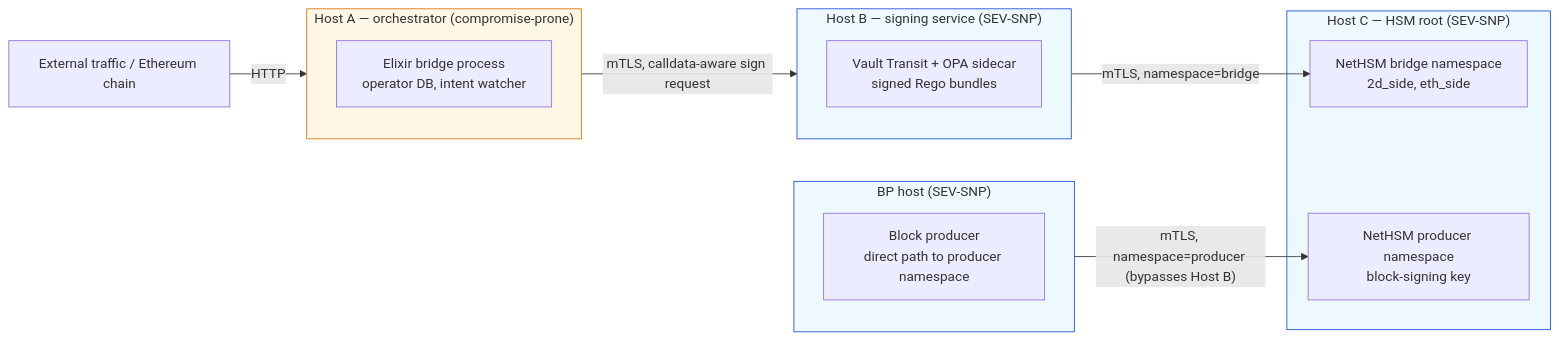
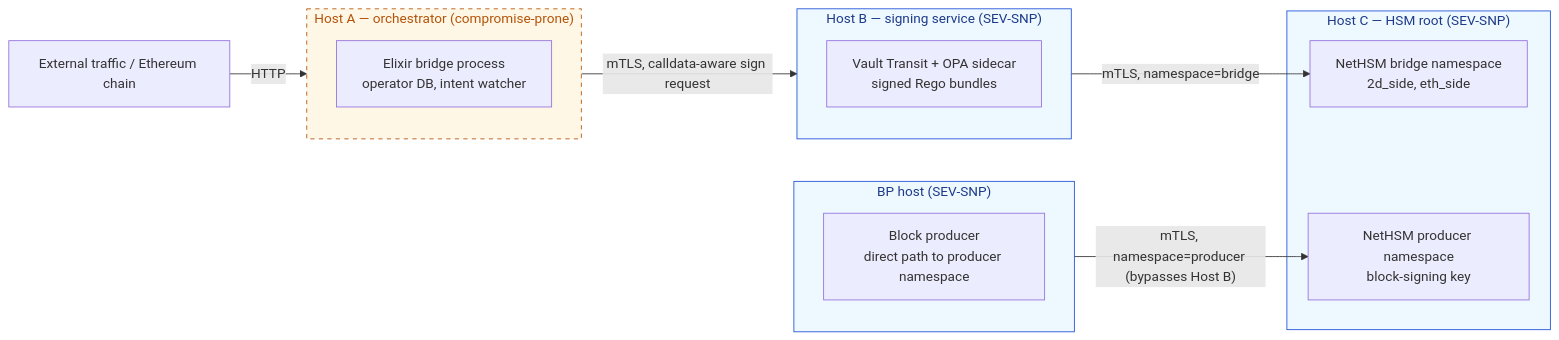
Before and after one commit to igor53627/2d-docs: the first of 3 diagrams in src/content/docs/architecture/hsm-topology.mdx, drawn with Mermaid. The commit also changed other lines of this file and 1 other file, not shown here.

First line of the commit message:
docs: Improve styling and layout of Mermaid diagrams in hsm-topology

````diff
--- a/src/content/docs/architecture/hsm-topology.mdx
+++ b/src/content/docs/architecture/hsm-topology.mdx
@@ -38,24 +38,24 @@
 ```mermaid
 flowchart LR
   user["External traffic / Ethereum chain"] -->|HTTP| A
   subgraph A["Host A — orchestrator (compromise-prone)"]
     orch["Elixir bridge process<br/>operator DB, intent watcher"]
   end
   subgraph B["Host B — signing service (SEV-SNP)"]
     vault["Vault Transit + OPA sidecar<br/>signed Rego bundles"]
   end
   subgraph C["Host C — HSM root (SEV-SNP)"]
     hsmBridge["NetHSM bridge namespace<br/>2d_side, eth_side"]
     hsmProducer["NetHSM producer namespace<br/>block-signing key"]
   end
   subgraph BP["BP host (SEV-SNP)"]
     producer["Block producer<br/>direct path to producer namespace"]
   end
   A -->|"mTLS, calldata-aware sign request"| B
   B -->|"mTLS, namespace=bridge"| hsmBridge
   BP -->|"mTLS, namespace=producer (bypasses Host B)"| hsmProducer
-  classDef compromiseProne fill:#fff7e6,stroke:#d97706
-  classDef snp fill:#eef9ff,stroke:#1d4ed8
+  classDef compromiseProne fill:#fff7e6,stroke:#b45309,color:#b45309,stroke-dasharray: 5 5
+  classDef snp fill:#eef9ff,stroke:#1d4ed8,color:#1e3a8a
   class A compromiseProne
   class B,C,BP snp
 ```
````
